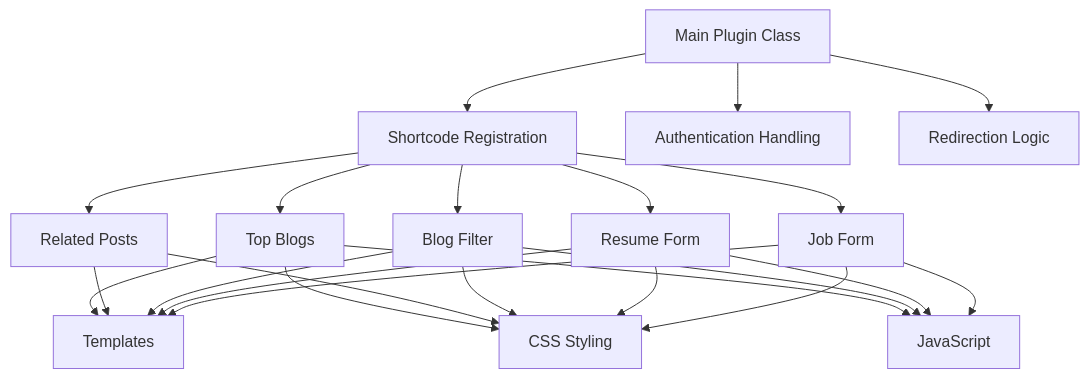
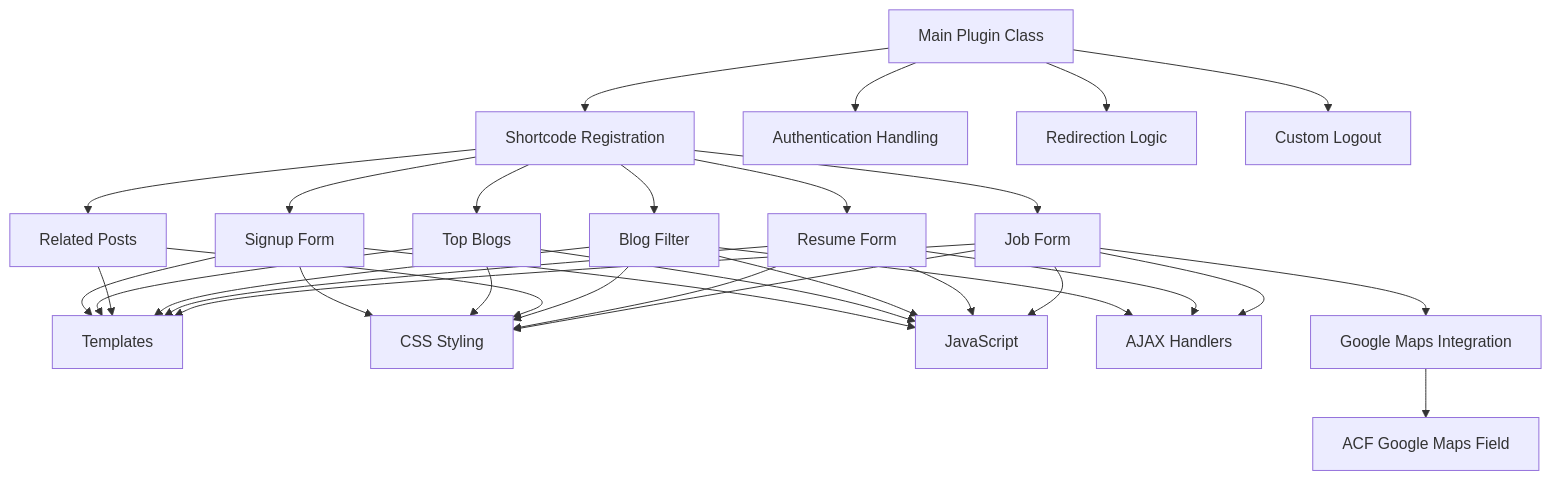
One commit to BlueVineyard/adventists-employment-plugin changed the first of 4 diagrams in memory-bank/systemPatterns.md. Above: the diagram before and after it, drawn with Mermaid. The commit also changed other lines of this file and 8 other files, not shown here.

Commit message:
Updated the Job Form with Google API autocomplete. This way it is setting the location through ACF Google Map and thus capturing the lat and lon

````diff
--- a/memory-bank/systemPatterns.md
+++ b/memory-bank/systemPatterns.md
@@ -6,29 +6,41 @@
 ```mermaid
 flowchart TD
     Main[Main Plugin Class] --> SC[Shortcode Registration]
     Main --> Auth[Authentication Handling]
     Main --> Redir[Redirection Logic]
+    Main --> Logout[Custom Logout]
     
     SC --> JF[Job Form]
     SC --> RF[Resume Form]
     SC --> BF[Blog Filter]
     SC --> RP[Related Posts]
     SC --> TB[Top Blogs]
+    SC --> SF[Signup Form]
     
     JF --> Templates[Templates]
     RF --> Templates
     BF --> Templates
     RP --> Templates
     TB --> Templates
+    SF --> Templates
     
     JF --> CSS[CSS Styling]
     RF --> CSS
     BF --> CSS
     RP --> CSS
     TB --> CSS
+    SF --> CSS
     
     JF --> JS[JavaScript]
     RF --> JS
     BF --> JS
     TB --> JS
+    SF --> JS
+    
+    JF --> AJAX[AJAX Handlers]
+    RF --> AJAX
+    BF --> AJAX
+    
+    JF --> Maps[Google Maps Integration]
+    Maps --> ACF[ACF Google Maps Field]
 ```
````
